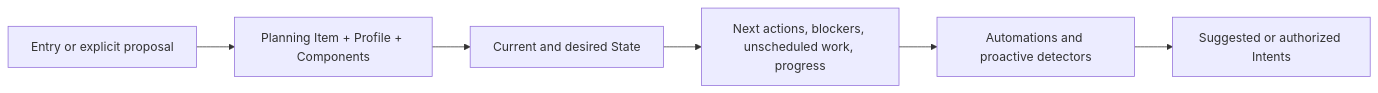
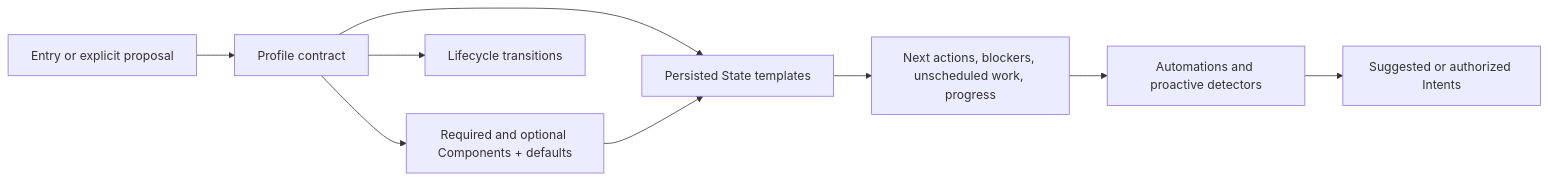
One commit to itmarck/wingman changed the sixth of 9 diagrams in docs/flows.md. Above: the diagram before and after it, drawn with Mermaid. The commit also changed other lines of this file and 77 other files, not shown here.

````diff
--- a/docs/flows.md
+++ b/docs/flows.md
@@ -106,8 +107,11 @@
 ```mermaid
 flowchart LR
-    Capture[Entry or explicit proposal] --> Compose[Planning Item + Profile + Components]
-    Compose --> State[Current and desired State]
+    Capture[Entry or explicit proposal] --> Profile[Profile contract]
+    Profile --> Compose[Required and optional Components + defaults]
+    Profile --> Lifecycle[Lifecycle transitions]
+    Profile --> State[Persisted State templates]
+    Compose --> State
     State --> Views[Next actions, blockers, unscheduled work, progress]
     Views --> Automations[Automations and proactive detectors]
     Automations --> Intents[Suggested or authorized Intents]
 ```
````
